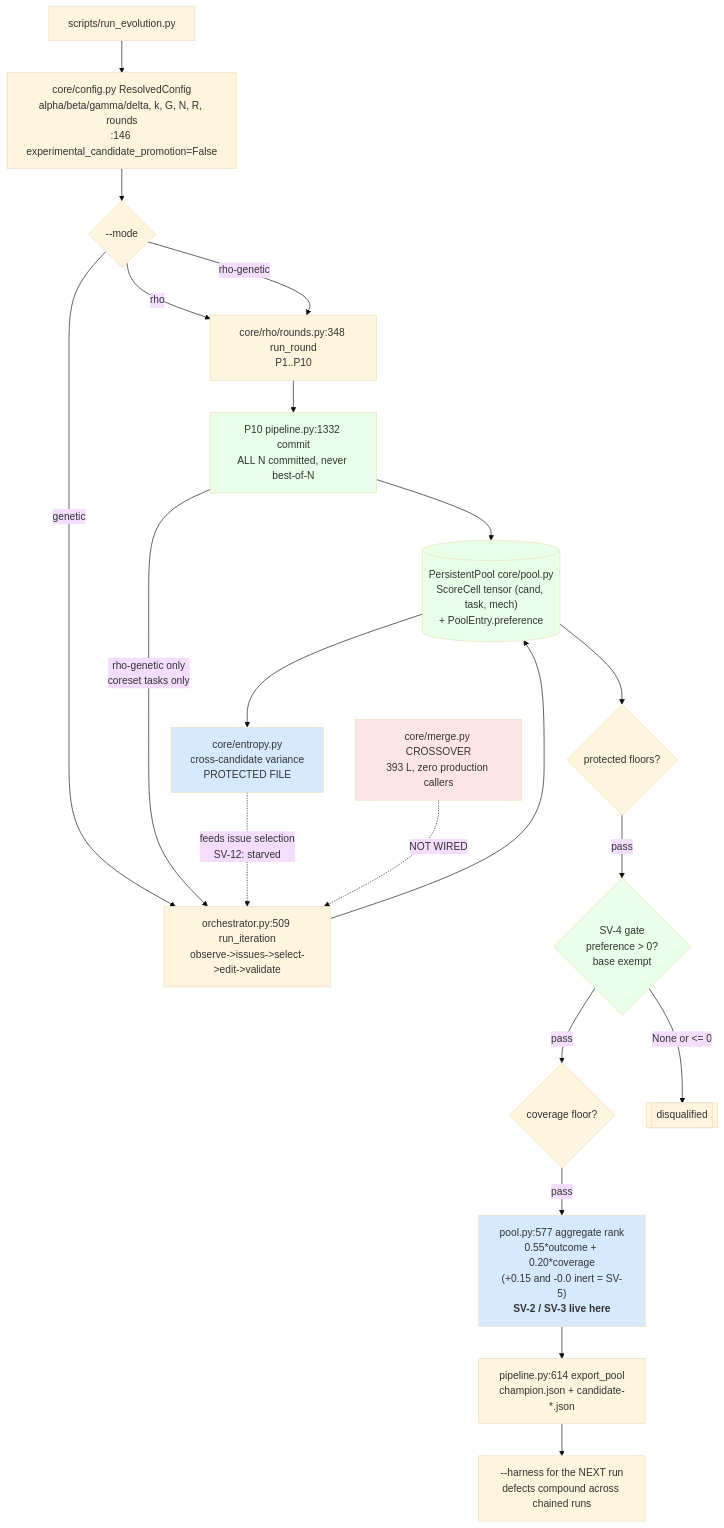
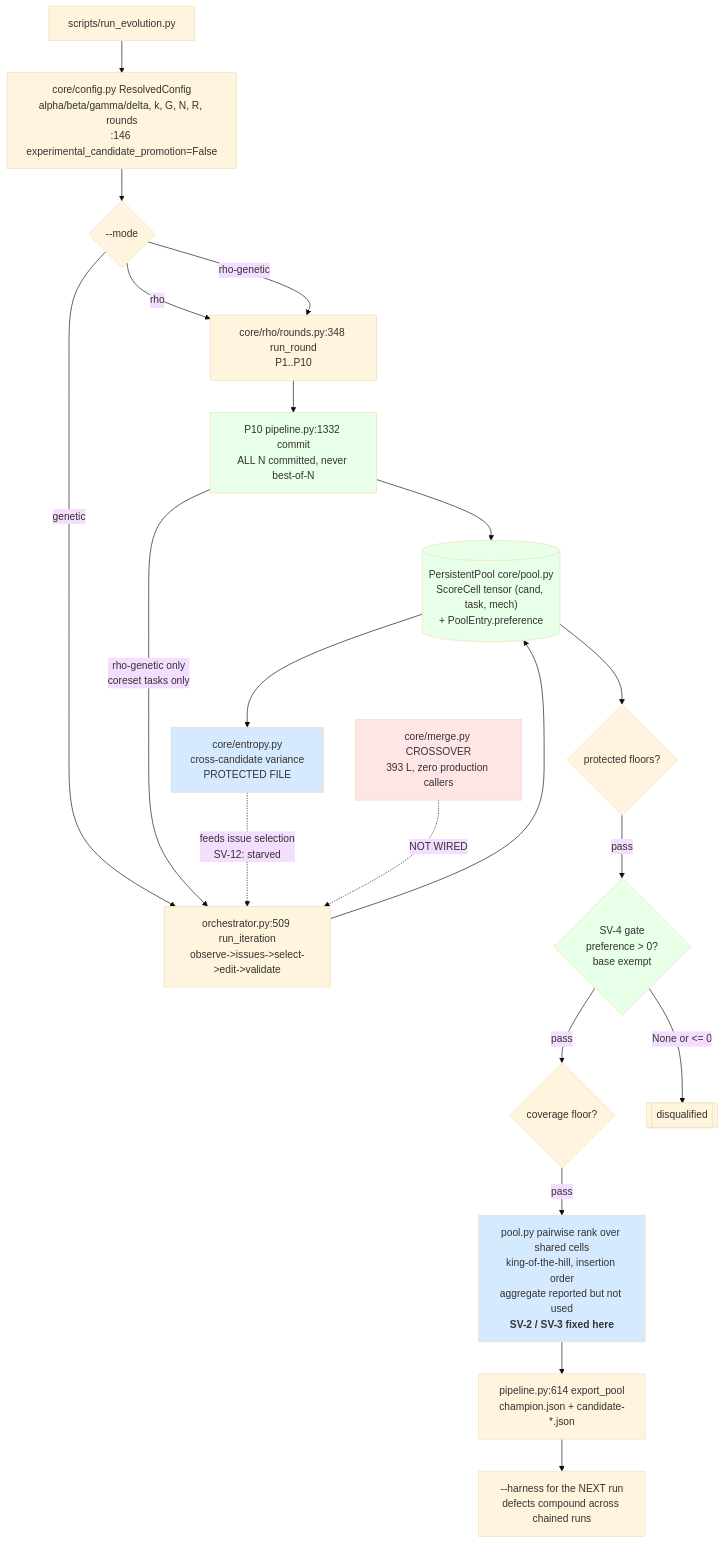
The tenth of 10 diagrams in docs/architecture/IMPLEMENTED-PIPELINE-MAP.md (one-little-step/AgentEvolve), drawn with Mermaid (base theme) before and after one commit. The commit also changed other lines of this file and 65 other files, not shown here.

````diff
--- a/docs/architecture/IMPLEMENTED-PIPELINE-MAP.md
+++ b/docs/architecture/IMPLEMENTED-PIPELINE-MAP.md
@@ -459,36 +475,36 @@
 ```mermaid
 flowchart TB
     START["scripts/run_evolution.py"] --> CFG["core/config.py ResolvedConfig<br/>alpha/beta/gamma/delta, k, G, N, R, rounds<br/>:146 experimental_candidate_promotion=False"]
     CFG --> MODE{"--mode"}
 
     MODE -->|rho| RHO10
     MODE -->|rho-genetic| RHO10
     MODE -->|genetic| GLOOP
 
     RHO10["core/rho/rounds.py:348 run_round<br/>P1..P10"] --> COMMIT["P10 pipeline.py:1332 commit<br/>ALL N committed, never best-of-N"]
     COMMIT --> POOL[("PersistentPool core/pool.py<br/>ScoreCell tensor (cand, task, mech)<br/>+ PoolEntry.preference")]
     COMMIT -->|"rho-genetic only<br/>coreset tasks only"| GLOOP
 
     GLOOP["orchestrator.py:509 run_iteration<br/>observe->issues->select->edit->validate"] --> POOL
 
     POOL --> ENT["core/entropy.py<br/>cross-candidate variance<br/>PROTECTED FILE"]
     ENT -.->|"feeds issue selection<br/>SV-12: starved"| GLOOP
 
     POOL --> G1{"protected floors?"}
     G1 -->|pass| G2{"SV-4 gate<br/>preference > 0?<br/>base exempt"}
     G2 -->|pass| G3{"coverage floor?"}
-    G3 -->|pass| CH["pool.py:577 aggregate rank<br/>0.55*outcome + 0.20*coverage<br/>(+0.15 and -0.0 inert = SV-5)<br/><b>SV-2 / SV-3 live here</b>"]
+    G3 -->|pass| CH["pool.py pairwise rank over shared cells<br/>king-of-the-hill, insertion order<br/>aggregate reported but not used<br/><b>SV-2 / SV-3 fixed here</b>"]
     G2 -->|"None or <= 0"| DQ[["disqualified"]]
 
     CH --> EXP["pipeline.py:614 export_pool<br/>champion.json + candidate-*.json"]
     EXP --> NEXT["--harness for the NEXT run<br/>defects compound across chained runs"]
 
     XMERGE["core/merge.py CROSSOVER<br/>393 L, zero production callers"] -.->|NOT WIRED| GLOOP
 
     style POOL fill:#e8ffe8
     style COMMIT fill:#e8ffe8
     style G2 fill:#e8ffe8
     style CH fill:#d6eaff
     style ENT fill:#d6eaff
     style XMERGE fill:#ffe6e6
 ```
````
